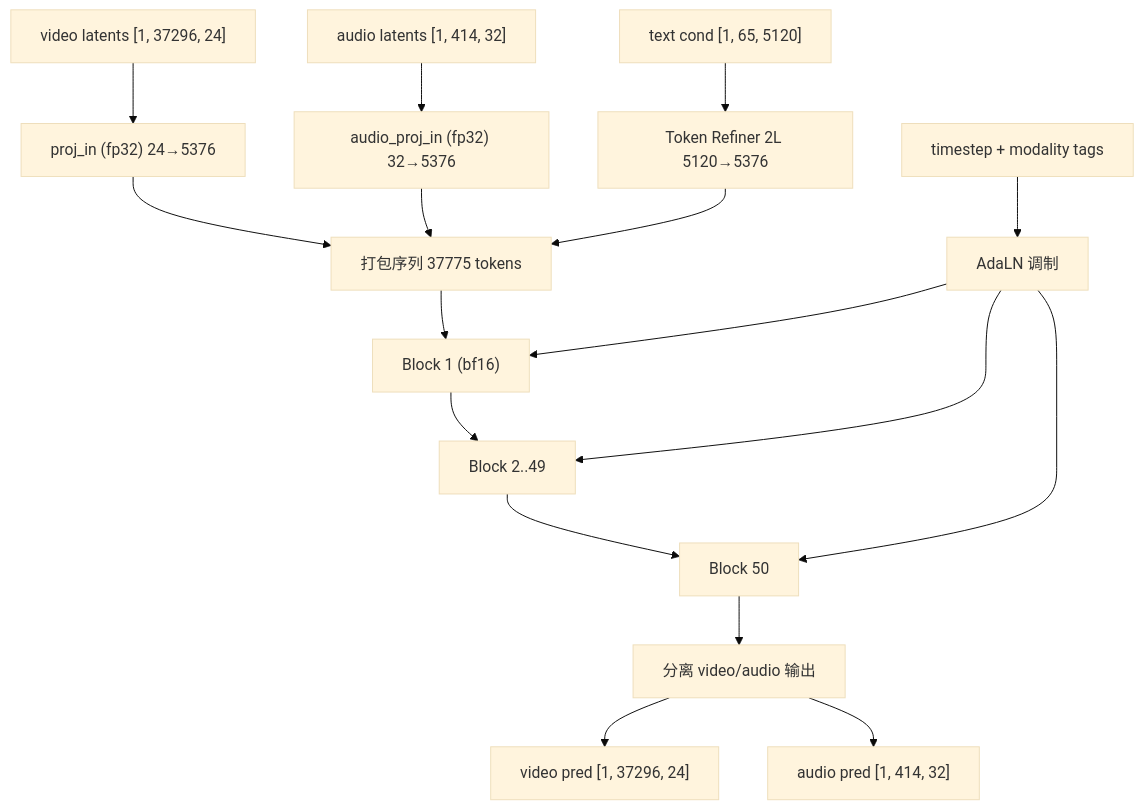
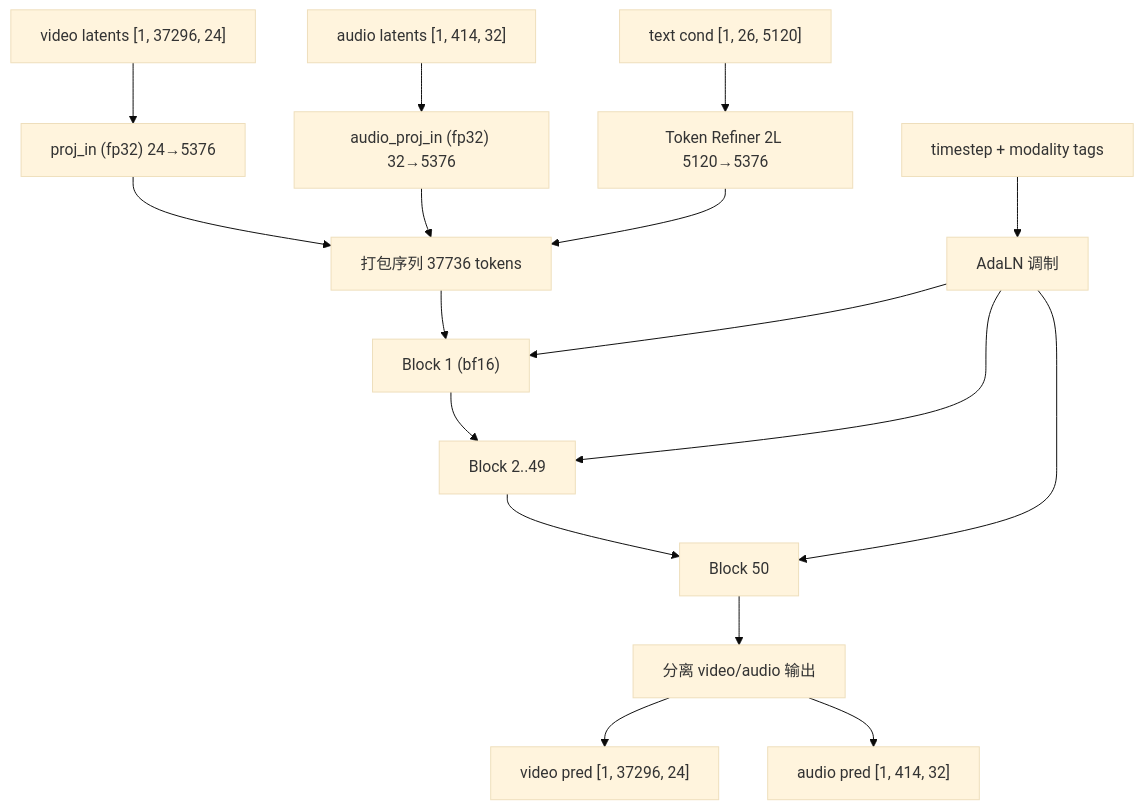
The second of 3 diagrams in docs/minimax-h3-inference-guide.md (chengyuyuea/minmax_test), drawn with Mermaid (base theme) before and after one commit. The commit also changed other lines of this file and 219 other files, not shown here.

````diff
--- a/docs/minimax-h3-inference-guide.md
+++ b/docs/minimax-h3-inference-guide.md
@@ -158,19 +187,19 @@
 ```mermaid
 graph TB
     IN_V["video latents [1, 37296, 24]"] --> PROJ_V["proj_in (fp32) 24→5376"]
     IN_A["audio latents [1, 414, 32]"] --> PROJ_A["audio_proj_in (fp32) 32→5376"]
-    IN_T["text cond [1, 65, 5120]"] --> REF["Token Refiner 2L 5120→5376"]
-    PROJ_V --> PACK["打包序列 37775 tokens"]
+    IN_T["text cond [1, 26, 5120]"] --> REF["Token Refiner 2L 5120→5376"]
+    PROJ_V --> PACK["打包序列 37736 tokens"]
     PROJ_A --> PACK
     REF --> PACK
     TS["timestep + modality tags"] --> ADALN["AdaLN 调制"]
     PACK --> B1["Block 1 (bf16)"]
     ADALN --> B1
     B1 --> B2["Block 2..49"]
     ADALN --> B2
     B2 --> B50["Block 50"]
     ADALN --> B50
     B50 --> UP["分离 video/audio 输出"]
     UP --> OV["video pred [1, 37296, 24]"]
     UP --> OA["audio pred [1, 414, 32]"]
 ```
````
